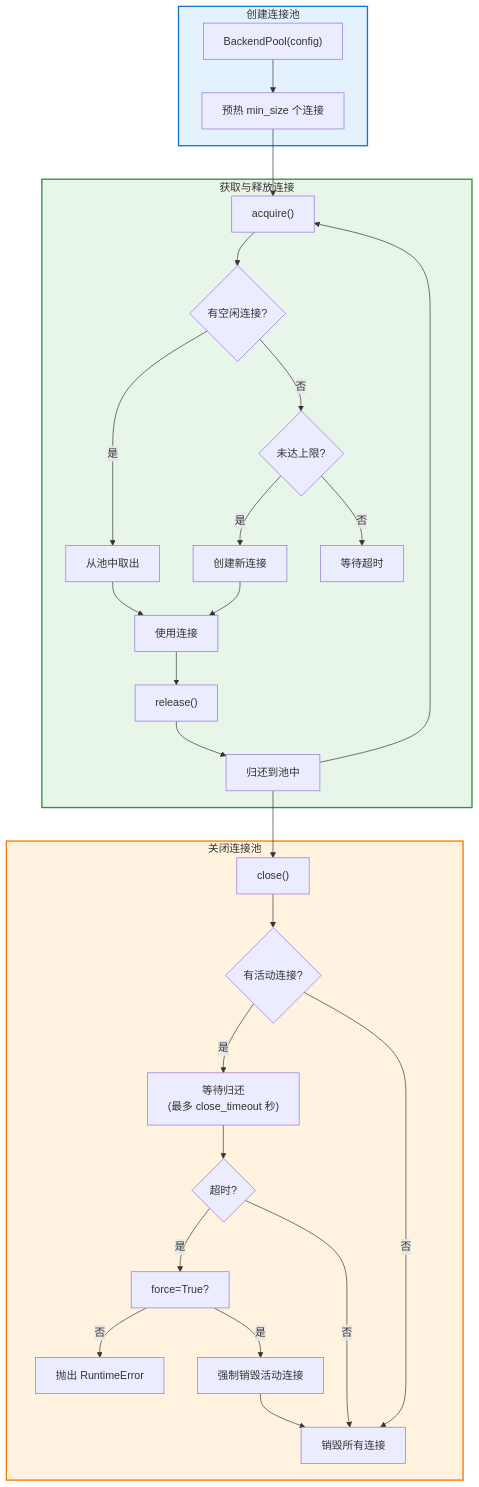
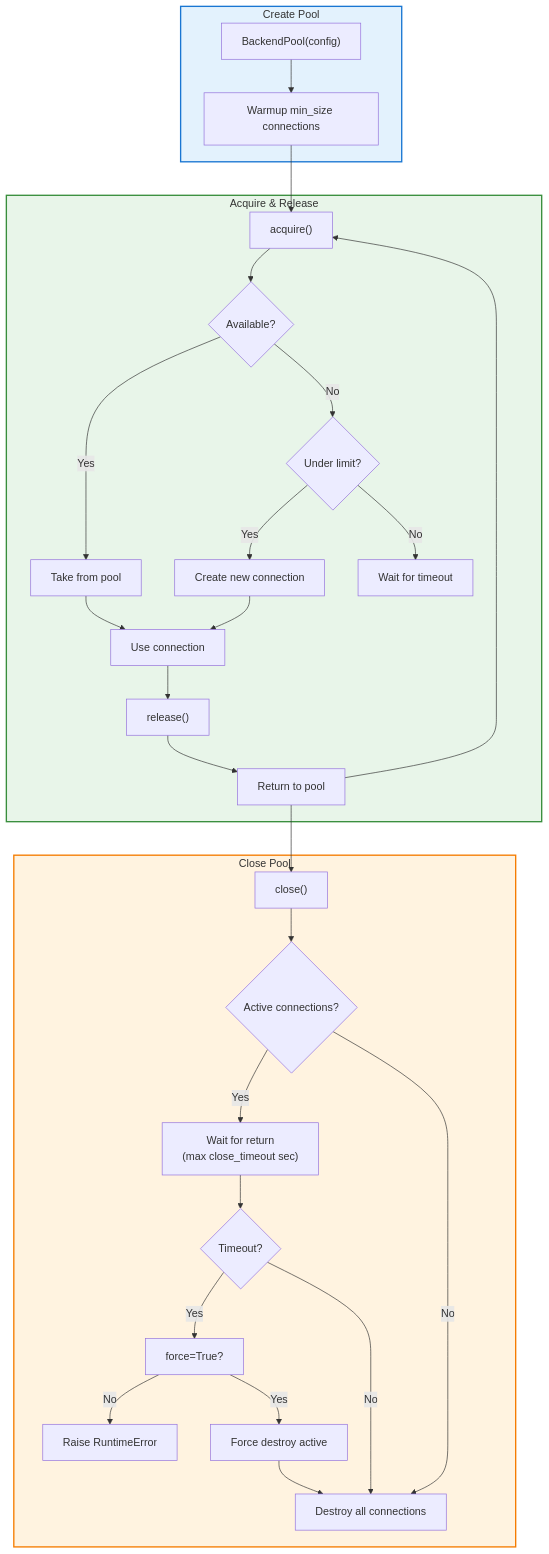
One commit to rhosocial/python-activerecord changed the first of 3 diagrams in docs/zh_CN/connection/connection_pool.md. Above: the diagram before and after it, drawn with Mermaid. The commit also changed other lines of this file and 4 other files, not shown here.

````diff
--- a/docs/zh_CN/connection/connection_pool.md
+++ b/docs/zh_CN/connection/connection_pool.md
@@ -18,59 +18,59 @@
 ```mermaid
 flowchart TB
-    subgraph PoolCreation["创建连接池"]
+    subgraph PoolCreation["Create Pool"]
         A1["BackendPool(config)"]
-        A2["预热 min_size 个连接"]
+        A2["Warmup min_size connections"]
         A1 --> A2
     end
 
-    subgraph AcquireRelease["获取与释放连接"]
+    subgraph AcquireRelease["Acquire & Release"]
         B1["acquire()"]
-        B2{"有空闲连接?"}
-        B3["从池中取出"]
-        B4{"未达上限?"}
-        B5["创建新连接"]
-        B6["等待超时"]
-        B7["使用连接"]
+        B2{"Available?"}
+        B3["Take from pool"]
+        B4{"Under limit?"}
+        B5["Create new connection"]
+        B6["Wait for timeout"]
+        B7["Use connection"]
         B8["release()"]
-        B9["归还到池中"]
+        B9["Return to pool"]
 
         B1 --> B2
-        B2 -->|是| B3
-        B2 -->|否| B4
-        B4 -->|是| B5
-        B4 -->|否| B6
+        B2 -->|Yes| B3
+        B2 -->|No| B4
+        B4 -->|Yes| B5
+        B4 -->|No| B6
         B3 --> B7
         B5 --> B7
         B7 --> B8
         B8 --> B9
     end
 
-    subgraph Close["关闭连接池"]
+    subgraph Close["Close Pool"]
         C1["close()"]
-        C2{"有活动连接?"}
-        C3["等待归还<br/>(最多 close_timeout 秒)"]
-        C4{"超时?"}
-        C5["抛出 RuntimeError"]
-        C6["销毁所有连接"]
+        C2{"Active connections?"}
+        C3["Wait for return<br/>(max close_timeout sec)"]
+        C4{"Timeout?"}
+        C5["Raise RuntimeError"]
+        C6["Destroy all connections"]
         C7["force=True?"]
-        C8["强制销毁活动连接"]
+        C8["Force destroy active"]
 
         C1 --> C2
-        C2 -->|是| C3
-        C2 -->|否| C6
+        C2 -->|Yes| C3
+        C2 -->|No| C6
         C3 --> C4
-        C4 -->|是| C7
-        C4 -->|否| C6
-        C7 -->|否| C5
-        C7 -->|是| C8
+        C4 -->|Yes| C7
+        C4 -->|No| C6
+        C7 -->|No| C5
+        C7 -->|Yes| C8
         C8 --> C6
     end
 
     A2 --> B1
     B9 --> B1
     B9 --> C1
 
     style PoolCreation fill:#e3f2fd,stroke:#1976d2,stroke-width:2px
     style AcquireRelease fill:#e8f5e9,stroke:#388e3c,stroke-width:2px
     style Close fill:#fff3e0,stroke:#f57c00,stroke-width:2px
 ```
````
